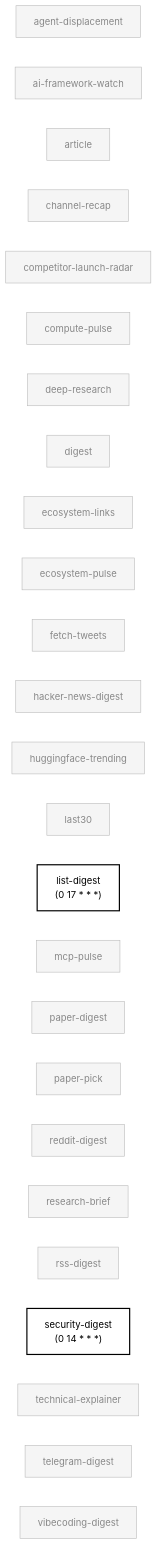
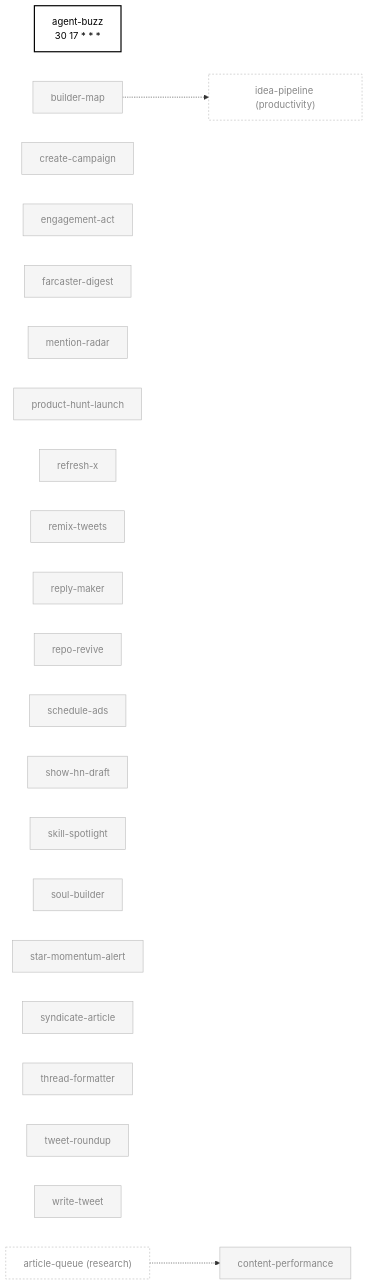
Before and after one commit to anajuliabit/aeon: the sixth of 7 diagrams in docs/skill-graph.md, drawn with Mermaid. The commit also changed other lines of this file and 4 other files, not shown here.

First line of the commit message:
docs(skill-graph): regenerate map (shared_state 21→27)

````diff
--- a/docs/skill-graph.md
+++ b/docs/skill-graph.md
@@ -583,81 +383,52 @@
 ```mermaid
 flowchart LR
-  agent_displacement["agent-displacement"]
-  ai_framework_watch["ai-framework-watch"]
-  article["article"]
-  channel_recap["channel-recap"]
-  competitor_launch_radar["competitor-launch-radar"]
-  compute_pulse["compute-pulse"]
-  deep_research["deep-research"]
-  digest["digest"]
-  ecosystem_links["ecosystem-links"]
-  ecosystem_pulse["ecosystem-pulse"]
-  fetch_tweets["fetch-tweets"]
-  hacker_news_digest["hacker-news-digest"]
-  huggingface_trending["huggingface-trending"]
-  last30["last30"]
-  list_digest["list-digest<br/>(0 17 * * *)"]
-  mcp_pulse["mcp-pulse"]
-  paper_digest["paper-digest"]
-  paper_pick["paper-pick"]
-  reddit_digest["reddit-digest"]
-  research_brief["research-brief"]
-  rss_digest["rss-digest"]
-  security_digest["security-digest<br/>(0 14 * * *)"]
-  technical_explainer["technical-explainer"]
-  telegram_digest["telegram-digest"]
-  vibecoding_digest["vibecoding-digest"]
-  class agent_displacement disabled
-  click agent_displacement "../skills/agent-displacement/SKILL.md"
-  class ai_framework_watch disabled
-  click ai_framework_watch "../skills/ai-framework-watch/SKILL.md"
-  class article disabled
-  click article "../skills/article/SKILL.md"
-  class channel_recap disabled
-  click channel_recap "../skills/channel-recap/SKILL.md"
-  class competitor_launch_radar disabled
-  click competitor_launch_radar "../skills/competitor-launch-radar/SKILL.md"
-  class compute_pulse disabled
-  click compute_pulse "../skills/compute-pulse/SKILL.md"
-  class deep_research disabled
-  click deep_research "../skills/deep-research/SKILL.md"
-  class digest disabled
-  click digest "../skills/digest/SKILL.md"
-  class ecosystem_links disabled
-  click ecosystem_links "../skills/ecosystem-links/SKILL.md"
-  class ecosystem_pulse disabled
-  click ecosystem_pulse "../skills/ecosystem-pulse/SKILL.md"
-  class fetch_tweets disabled
-  click fetch_tweets "../skills/fetch-tweets/SKILL.md"
-  class hacker_news_digest disabled
-  click hacker_news_digest "../skills/hacker-news-digest/SKILL.md"
-  class huggingface_trending disabled
-  click huggingface_trending "../skills/huggingface-trending/SKILL.md"
-  class last30 disabled
-  click last30 "../skills/last30/SKILL.md"
-  class list_digest enabled
-  click list_digest "../skills/list-digest/SKILL.md"
-  class mcp_pulse disabled
-  click mcp_pulse "../skills/mcp-pulse/SKILL.md"
-  class paper_digest disabled
-  click paper_digest "../skills/paper-digest/SKILL.md"
-  class paper_pick disabled
-  click paper_pick "../skills/paper-pick/SKILL.md"
-  class reddit_digest disabled
-  click reddit_digest "../skills/reddit-digest/SKILL.md"
-  class research_brief disabled
-  click research_brief "../skills/research-brief/SKILL.md"
-  class rss_digest disabled
-  click rss_digest "../skills/rss-digest/SKILL.md"
-  class security_digest enabled
-  click security_digest "../skills/security-digest/SKILL.md"
-  class technical_explainer disabled
-  click technical_explainer "../skills/technical-explainer/SKILL.md"
-  class telegram_digest disabled
-  click telegram_digest "../skills/telegram-digest/SKILL.md"
-  class vibecoding_digest disabled
-  click vibecoding_digest "../skills/vibecoding-digest/SKILL.md"
-  classDef enabled fill:#fff,stroke:#000,stroke-width:2px,color:#000
-  classDef disabled fill:#f5f5f5,stroke:#bbb,color:#888
-  classDef external fill:none,stroke:#bbb,stroke-dasharray:3 3,color:#888
+    classDef enabled fill:#fff,stroke:#000,stroke-width:2px,color:#000
+    classDef disabled fill:#f5f5f5,stroke:#bbb,color:#888
+    classDef external fill:none,stroke:#bbb,stroke-dasharray:3 3,color:#888
+    agent_buzz["agent-buzz\n30 17 * * *"]:::enabled
+    builder_map["builder-map"]:::disabled
+    content_performance["content-performance"]:::disabled
+    create_campaign["create-campaign"]:::disabled
+    engagement_act["engagement-act"]:::disabled
+    farcaster_digest["farcaster-digest"]:::disabled
+    mention_radar["mention-radar"]:::disabled
+    product_hunt_launch["product-hunt-launch"]:::disabled
+    refresh_x["refresh-x"]:::disabled
+    remix_tweets["remix-tweets"]:::disabled
+    reply_maker["reply-maker"]:::disabled
+    repo_revive["repo-revive"]:::disabled
+    schedule_ads["schedule-ads"]:::disabled
+    show_hn_draft["show-hn-draft"]:::disabled
+    skill_spotlight["skill-spotlight"]:::disabled
+    soul_builder["soul-builder"]:::disabled
+    star_momentum_alert["star-momentum-alert"]:::disabled
+    syndicate_article["syndicate-article"]:::disabled
+    thread_formatter["thread-formatter"]:::disabled
+    tweet_roundup["tweet-roundup"]:::disabled
+    write_tweet["write-tweet"]:::disabled
+    ext_article_queue -..-> content_performance
+    builder_map -..-> ext_idea_pipeline
+    ext_article_queue["article-queue (research)"]:::external
+    ext_idea_pipeline["idea-pipeline (productivity)"]:::external
+    click agent_buzz "../skills/agent-buzz/SKILL.md"
+    click builder_map "../skills/builder-map/SKILL.md"
+    click content_performance "../skills/content-performance/SKILL.md"
+    click create_campaign "../skills/create-campaign/SKILL.md"
+    click engagement_act "../skills/engagement-act/SKILL.md"
+    click farcaster_digest "../skills/farcaster-digest/SKILL.md"
+    click mention_radar "../skills/mention-radar/SKILL.md"
+    click product_hunt_launch "../skills/product-hunt-launch/SKILL.md"
+    click refresh_x "../skills/refresh-x/SKILL.md"
+    click remix_tweets "../skills/remix-tweets/SKILL.md"
+    click reply_maker "../skills/reply-maker/SKILL.md"
+    click repo_revive "../skills/repo-revive/SKILL.md"
+    click schedule_ads "../skills/schedule-ads/SKILL.md"
+    click show_hn_draft "../skills/show-hn-draft/SKILL.md"
+    click skill_spotlight "../skills/skill-spotlight/SKILL.md"
+    click soul_builder "../skills/soul-builder/SKILL.md"
+    click star_momentum_alert "../skills/star-momentum-alert/SKILL.md"
+    click syndicate_article "../skills/syndicate-article/SKILL.md"
+    click thread_formatter "../skills/thread-formatter/SKILL.md"
+    click tweet_roundup "../skills/tweet-roundup/SKILL.md"
+    click write_tweet "../skills/write-tweet/SKILL.md"
 ```
````
